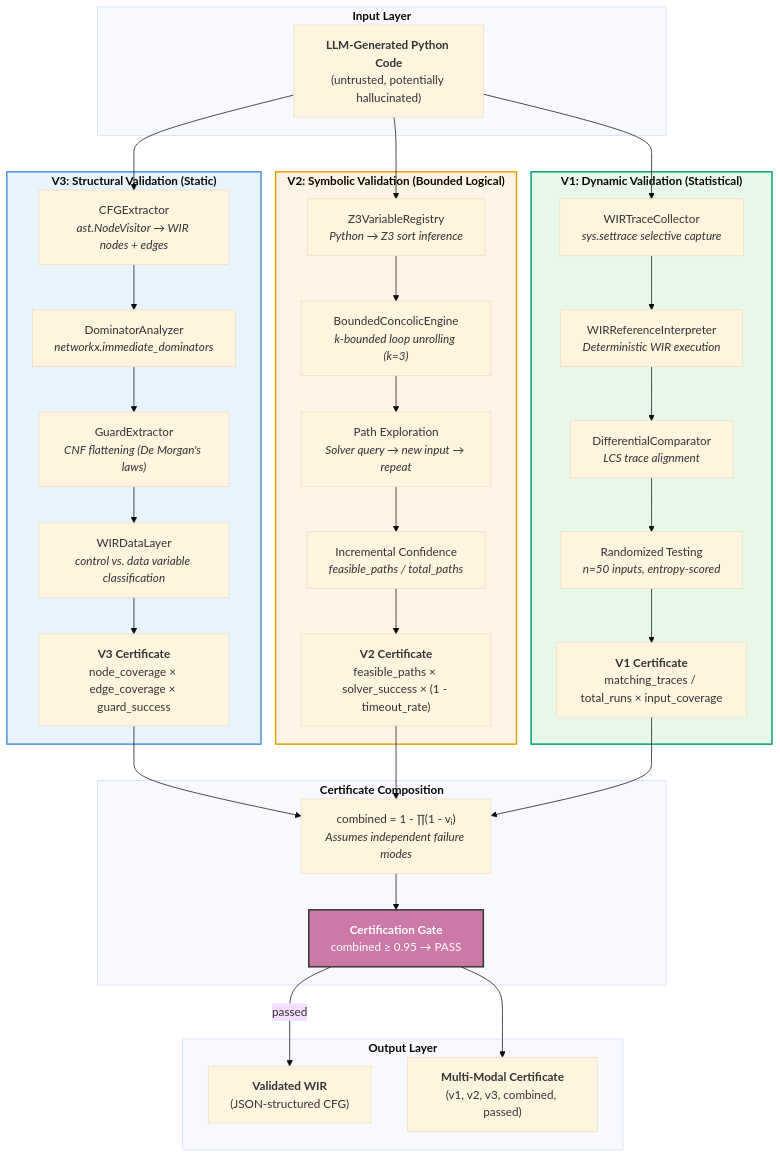
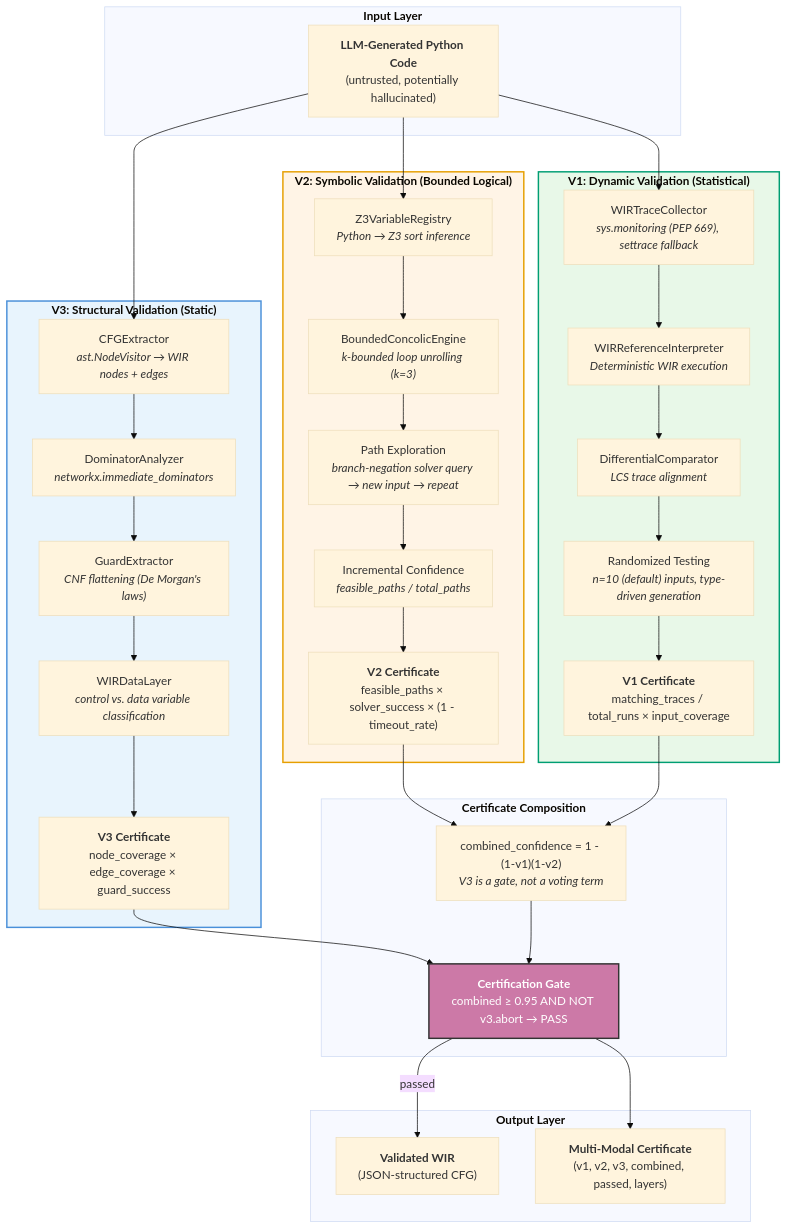
One commit to FYP-Epsilon/Vibe-Check changed the second of 3 diagrams in docs/module_summery/Module_02_Verified_IR_Extraction.md. Above: the diagram before and after it, drawn with Mermaid (base theme). The commit also changed other lines of this file and 9 other files, not shown here.

````diff
--- a/docs/module_summery/Module_02_Verified_IR_Extraction.md
+++ b/docs/module_summery/Module_02_Verified_IR_Extraction.md
@@ -160,59 +170,59 @@
 ```mermaid
 flowchart TB
     subgraph Input["<b>Input Layer</b>"]
         PY["<b>LLM-Generated Python Code</b><br/>(untrusted, potentially hallucinated)"]
     end
 
     subgraph V3_Layer["<b>V3: Structural Validation (Static)</b>"]
         V3_1["CFGExtractor<br/><i>ast.NodeVisitor → WIR nodes + edges</i>"]
         V3_2["DominatorAnalyzer<br/><i>networkx.immediate_dominators</i>"]
         V3_3["GuardExtractor<br/><i>CNF flattening (De Morgan's laws)</i>"]
         V3_4["WIRDataLayer<br/><i>control vs. data variable classification</i>"]
         V3_CERT["<b>V3 Certificate</b><br/>node_coverage × edge_coverage × guard_success"]
     end
 
     subgraph V2_Layer["<b>V2: Symbolic Validation (Bounded Logical)</b>"]
         V2_1["Z3VariableRegistry<br/><i>Python → Z3 sort inference</i>"]
         V2_2["BoundedConcolicEngine<br/><i>k-bounded loop unrolling (k=3)</i>"]
-        V2_3["Path Exploration<br/><i>Solver query → new input → repeat</i>"]
+        V2_3["Path Exploration<br/><i>branch-negation solver query → new input → repeat</i>"]
         V2_4["Incremental Confidence<br/><i>feasible_paths / total_paths</i>"]
         V2_CERT["<b>V2 Certificate</b><br/>feasible_paths × solver_success × (1 - timeout_rate)"]
     end
 
     subgraph V1_Layer["<b>V1: Dynamic Validation (Statistical)</b>"]
-        V1_1["WIRTraceCollector<br/><i>sys.settrace selective capture</i>"]
+        V1_1["WIRTraceCollector<br/><i>sys.monitoring (PEP 669), settrace fallback</i>"]
         V1_2["WIRReferenceInterpreter<br/><i>Deterministic WIR execution</i>"]
         V1_3["DifferentialComparator<br/><i>LCS trace alignment</i>"]
-        V1_4["Randomized Testing<br/><i>n=50 inputs, entropy-scored</i>"]
+        V1_4["Randomized Testing<br/><i>n=10 (default) inputs, type-driven generation</i>"]
         V1_CERT["<b>V1 Certificate</b><br/>matching_traces / total_runs × input_coverage"]
     end
 
     subgraph Composition["<b>Certificate Composition</b>"]
-        COMP["combined = 1 - ∏(1 - vᵢ)<br/><i>Assumes independent failure modes</i>"]
-        GATE["<b>Certification Gate</b><br/>combined ≥ 0.95 → PASS"]
+        COMP["combined_confidence = 1 - (1-v1)(1-v2)<br/><i>V3 is a gate, not a voting term</i>"]
+        GATE["<b>Certification Gate</b><br/>combined ≥ 0.95 AND NOT v3.abort → PASS"]
     end
 
     subgraph Output["<b>Output Layer</b>"]
         WIR_OUT["<b>Validated WIR</b><br/>(JSON-structured CFG)"]
-        CERT_OUT["<b>Multi-Modal Certificate</b><br/>(v1, v2, v3, combined, passed)"]
+        CERT_OUT["<b>Multi-Modal Certificate</b><br/>(v1, v2, v3, combined, passed, layers)"]
     end
 
     PY --> V3_1
     V3_1 --> V3_2 --> V3_3 --> V3_4 --> V3_CERT
     PY --> V2_1
     V2_1 --> V2_2 --> V2_3 --> V2_4 --> V2_CERT
     PY --> V1_1
     V1_1 --> V1_2 --> V1_3 --> V1_4 --> V1_CERT
 
-    V3_CERT --> COMP
+    V3_CERT --> GATE
     V2_CERT --> COMP
     V1_CERT --> COMP
     COMP --> GATE
     GATE --> |passed| WIR_OUT
     GATE --> CERT_OUT
 
     style V3_Layer fill:#E8F4FD,stroke:#4A90D9,stroke-width:2px
     style V2_Layer fill:#FFF4E6,stroke:#E69F00,stroke-width:2px
     style V1_Layer fill:#E8F8E8,stroke:#009E73,stroke-width:2px
     style GATE fill:#CC79A7,stroke:#333,stroke-width:2px,color:#fff
 ```
````
